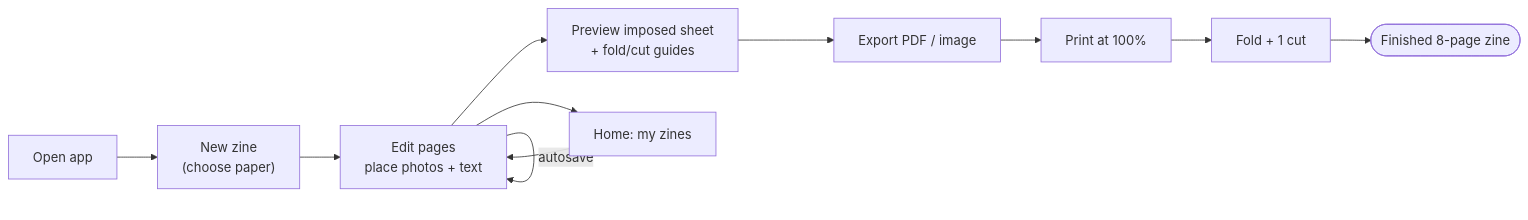
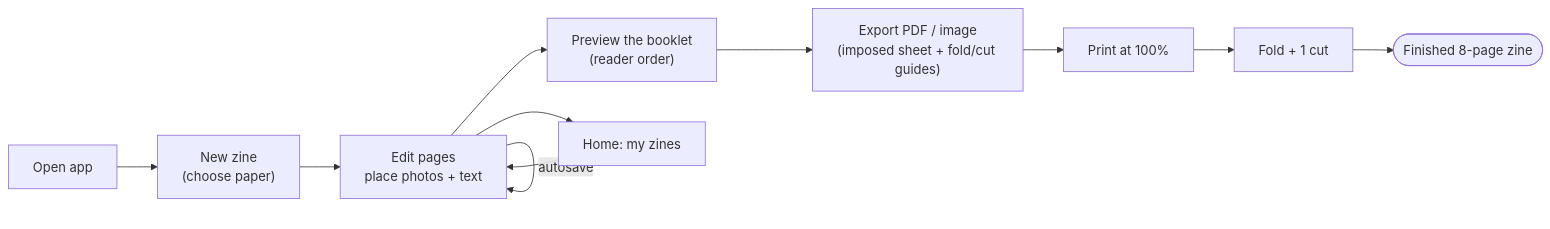
One commit to aritr-codes/zinely-android changed the third of 4 diagrams in docs/PRD.md. Above: the diagram before and after it, drawn with Mermaid. The commit also changed other lines of this file and 9 other files, not shown here.

````diff
--- a/docs/PRD.md
+++ b/docs/PRD.md
@@ -120,13 +135,13 @@
 ```mermaid
 flowchart LR
     A["Open app"] --> B["New zine\n(choose paper)"]
     B --> C["Edit pages\nplace photos + text"]
     C -->|autosave| C
-    C --> D["Preview imposed sheet\n+ fold/cut guides"]
-    D --> E["Export PDF / image"]
+    C --> D["Preview the booklet\n(reader order)"]
+    D --> E["Export PDF / image\n(imposed sheet + fold/cut guides)"]
     E --> F["Print at 100%"]
     F --> G["Fold + 1 cut"]
     G --> H(["Finished 8-page zine"])
     C --> I["Home: my zines"]
     I --> C
 ```
````
